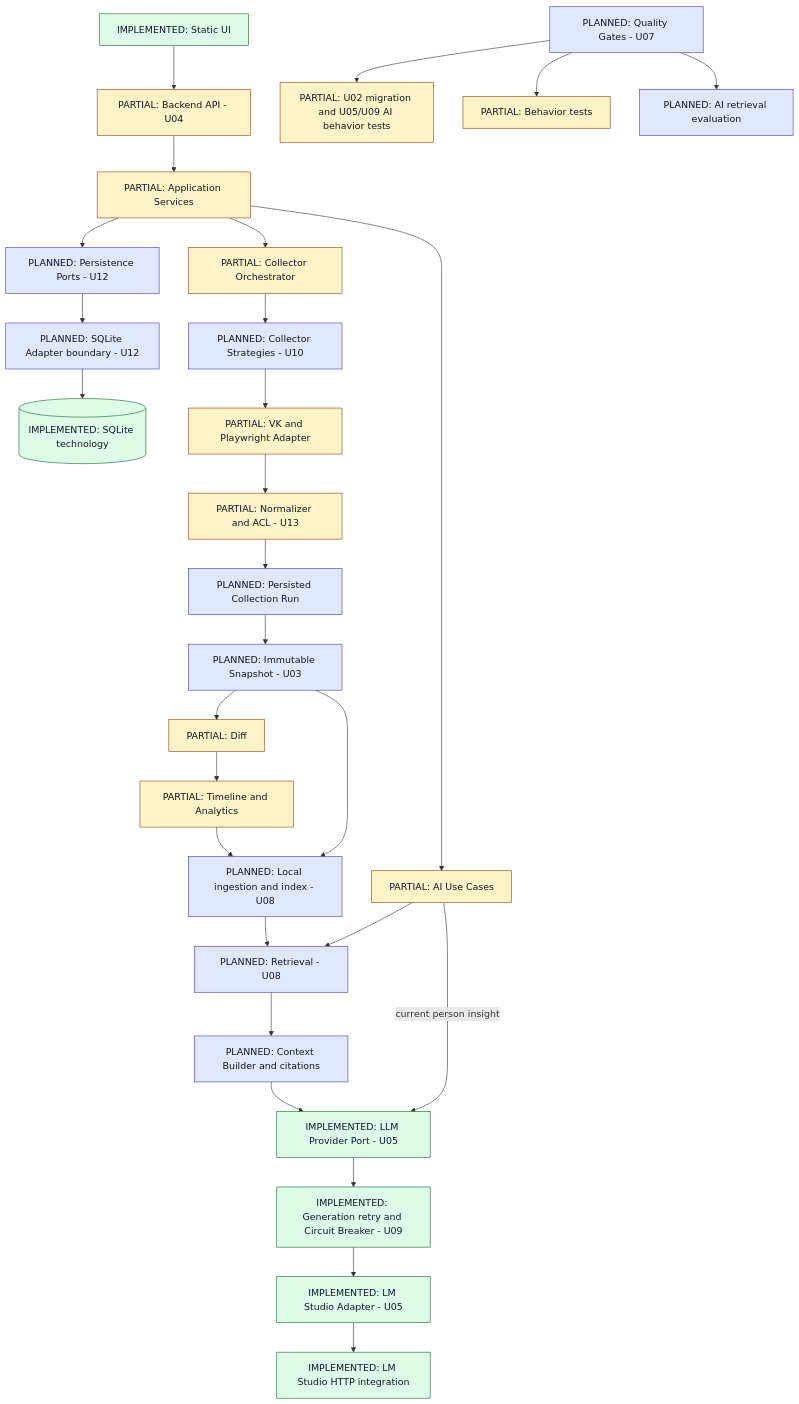
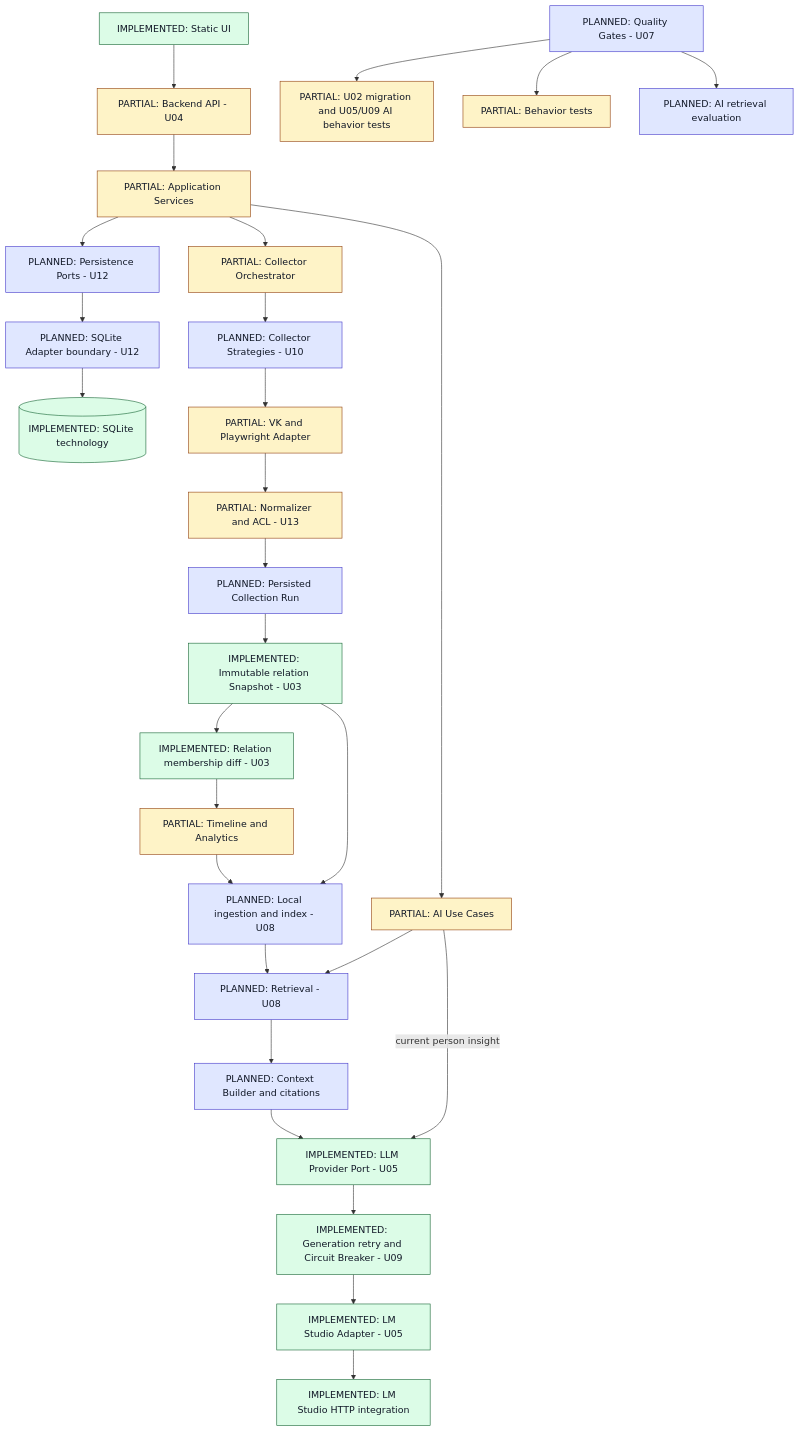
One commit to morshchagin-ivan/vk_social_radar changed the diagram in docs/certification/C4_TARGET.md. Above: the diagram before and after it, drawn with Mermaid. The commit also changed other lines of this file and 29 other files, not shown here.

Commit message:
feat(data): introduce immutable snapshot foundation

````diff
--- a/docs/certification/C4_TARGET.md
+++ b/docs/certification/C4_TARGET.md
@@ -7,36 +7,36 @@
 ```mermaid
 flowchart TD
   UI["IMPLEMENTED: Static UI"] --> API["PARTIAL: Backend API - U04"]
   API --> App["PARTIAL: Application Services"]
   App --> Ports["PLANNED: Persistence Ports - U12"]
   Ports --> SQLAdapter["PLANNED: SQLite Adapter boundary - U12"]
   SQLAdapter --> DB[("IMPLEMENTED: SQLite technology")]
   App --> Orchestrator["PARTIAL: Collector Orchestrator"]
   Orchestrator --> Strategies["PLANNED: Collector Strategies - U10"]
   Strategies --> VKAdapter["PARTIAL: VK and Playwright Adapter"]
   VKAdapter --> ACL["PARTIAL: Normalizer and ACL - U13"]
   ACL --> Run["PLANNED: Persisted Collection Run"]
-  Run --> Snapshot["PLANNED: Immutable Snapshot - U03"]
-  Snapshot --> Diff["PARTIAL: Diff"]
+  Run --> Snapshot["IMPLEMENTED: Immutable relation Snapshot - U03"]
+  Snapshot --> Diff["IMPLEMENTED: Relation membership diff - U03"]
   Diff --> Analytics["PARTIAL: Timeline and Analytics"]
   Snapshot --> Index["PLANNED: Local ingestion and index - U08"]
   Analytics --> Index
   App --> AI["PARTIAL: AI Use Cases"]
   AI --> Retrieval["PLANNED: Retrieval - U08"]
   Index --> Retrieval
   Retrieval --> Context["PLANNED: Context Builder and citations"]
   Context --> Provider["IMPLEMENTED: LLM Provider Port - U05"]
   AI -->|"current person insight"| Provider
   Provider --> Resilience["IMPLEMENTED: Generation retry and Circuit Breaker - U09"]
   Resilience --> LMAdapter["IMPLEMENTED: LM Studio Adapter - U05"]
   LMAdapter --> LM["IMPLEMENTED: LM Studio HTTP integration"]
   Gates["PLANNED: Quality Gates - U07"] --> ContractGate["PARTIAL: U02 migration and U05/U09 AI behavior tests"]
   Gates --> TestGate["PARTIAL: Behavior tests"]
   Gates --> Eval["PLANNED: AI retrieval evaluation"]
   classDef implemented fill:#dcfce7,stroke:#166534,color:#111827
   classDef partial fill:#fef3c7,stroke:#92400e,color:#111827
   classDef planned fill:#e0e7ff,stroke:#4338ca,color:#111827
-  class UI,DB,LM,Provider,LMAdapter,Resilience implemented
-  class API,App,Orchestrator,VKAdapter,ACL,Diff,Analytics,AI,TestGate,ContractGate partial
-  class Ports,SQLAdapter,Strategies,Run,Snapshot,Index,Retrieval,Context,Gates,Eval planned
+  class UI,DB,LM,Provider,LMAdapter,Resilience,Snapshot,Diff implemented
+  class API,App,Orchestrator,VKAdapter,ACL,Analytics,AI,TestGate,ContractGate partial
+  class Ports,SQLAdapter,Strategies,Run,Index,Retrieval,Context,Gates,Eval planned
 ```
````
